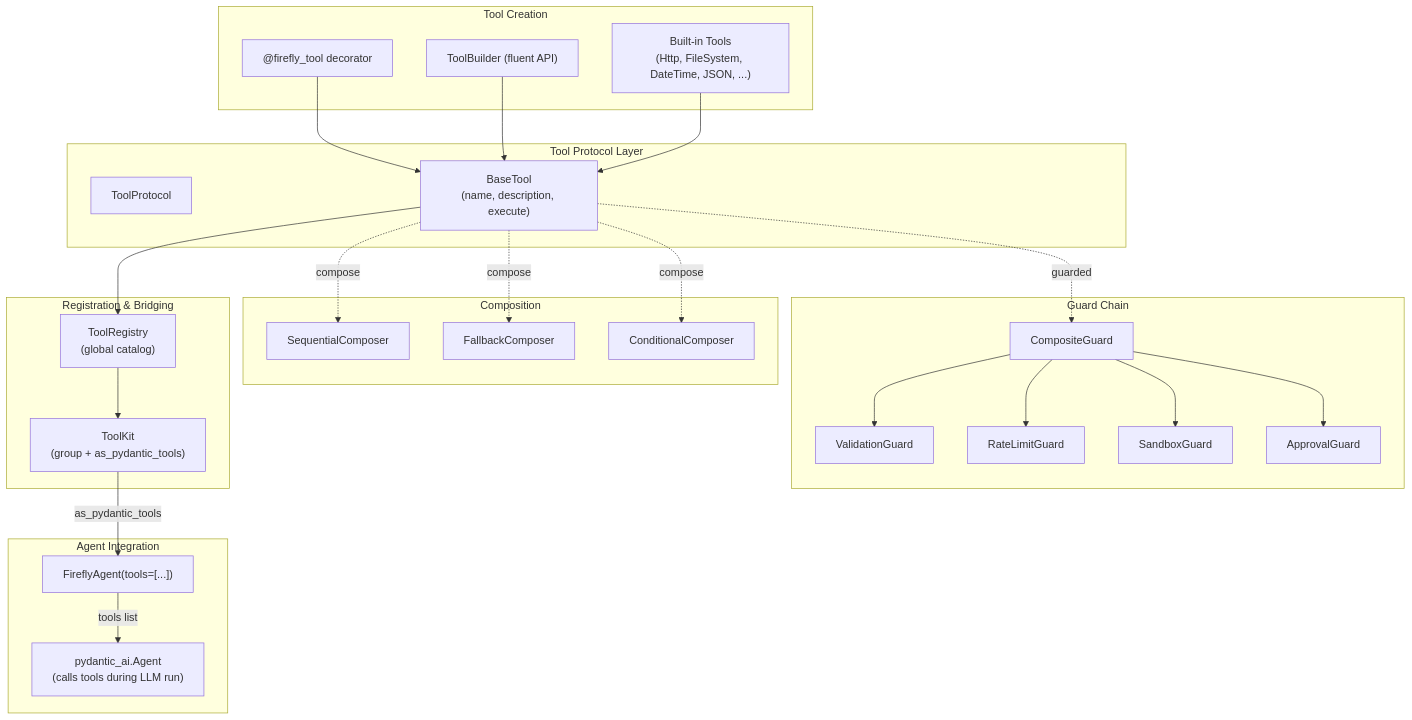
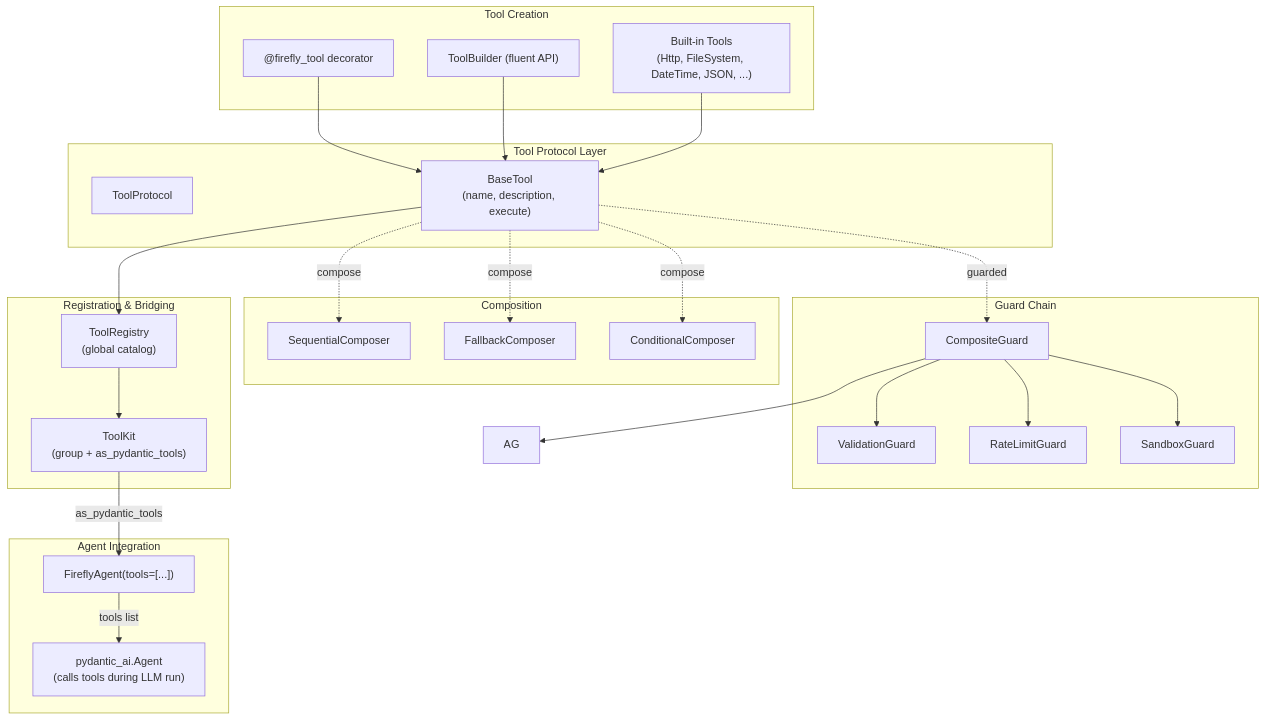
Before and after one commit to fireflyframework/fireflyframework-agentic: the second of 8 diagrams in docs/tutorial.md, drawn with Mermaid. The commit also changed other lines of this file and 18 other files, not shown here.

````diff
--- a/docs/tutorial.md
+++ b/docs/tutorial.md
@@ -639,53 +639,52 @@
 ```mermaid
 graph TB
     subgraph "Tool Creation"
         DEC["@firefly_tool decorator"]
         BLD["ToolBuilder (fluent API)"]
         BLT["Built-in Tools\n(Http, FileSystem, DateTime, JSON, ...)"]
     end
 
     subgraph "Tool Protocol Layer"
         TP["ToolProtocol"]
         BT["BaseTool\n(name, description, execute)"]
     end
 
     subgraph "Guard Chain"
         CG["CompositeGuard"]
         VG["ValidationGuard"]
         RG["RateLimitGuard"]
         SG["SandboxGuard"]
-        AG["ApprovalGuard"]
     end
 
     subgraph "Composition"
         SEQ["SequentialComposer"]
         FB["FallbackComposer"]
         COND["ConditionalComposer"]
     end
 
     subgraph "Registration & Bridging"
         TR["ToolRegistry\n(global catalog)"]
         TK["ToolKit\n(group + as_pydantic_tools)"]
     end
 
     subgraph "Agent Integration"
         FA["FireflyAgent(tools=[...])"]
         PAI["pydantic_ai.Agent\n(calls tools during LLM run)"]
     end
 
     DEC --> BT
     BLD --> BT
     BLT --> BT
     BT --> TR
     BT -.->|"guarded"| CG
     CG --> VG
     CG --> RG
     CG --> SG
     CG --> AG
     BT -.->|"compose"| SEQ
     BT -.->|"compose"| FB
     BT -.->|"compose"| COND
     TR --> TK
     TK -->|"as_pydantic_tools"| FA
     FA -->|"tools list"| PAI
 ```
````
